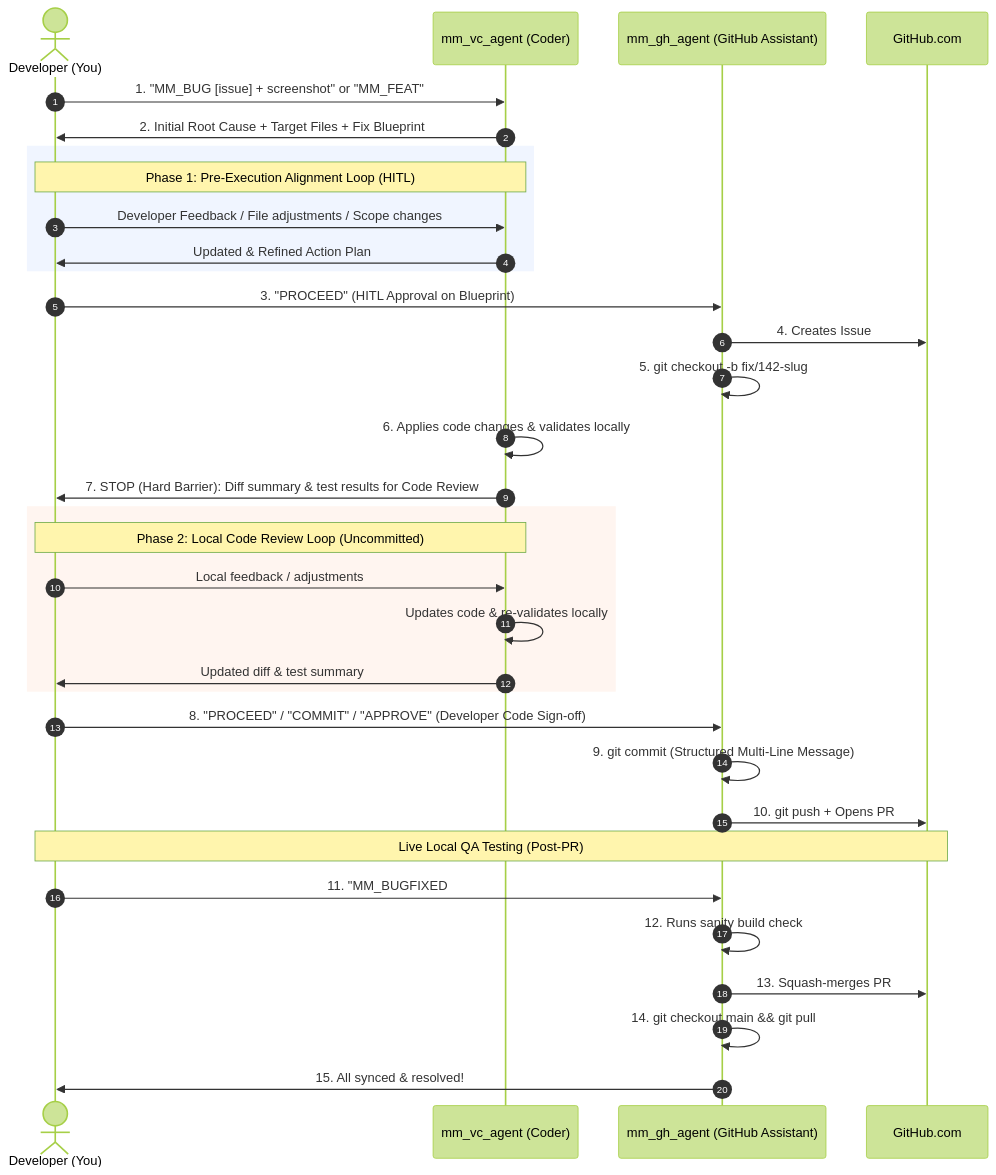
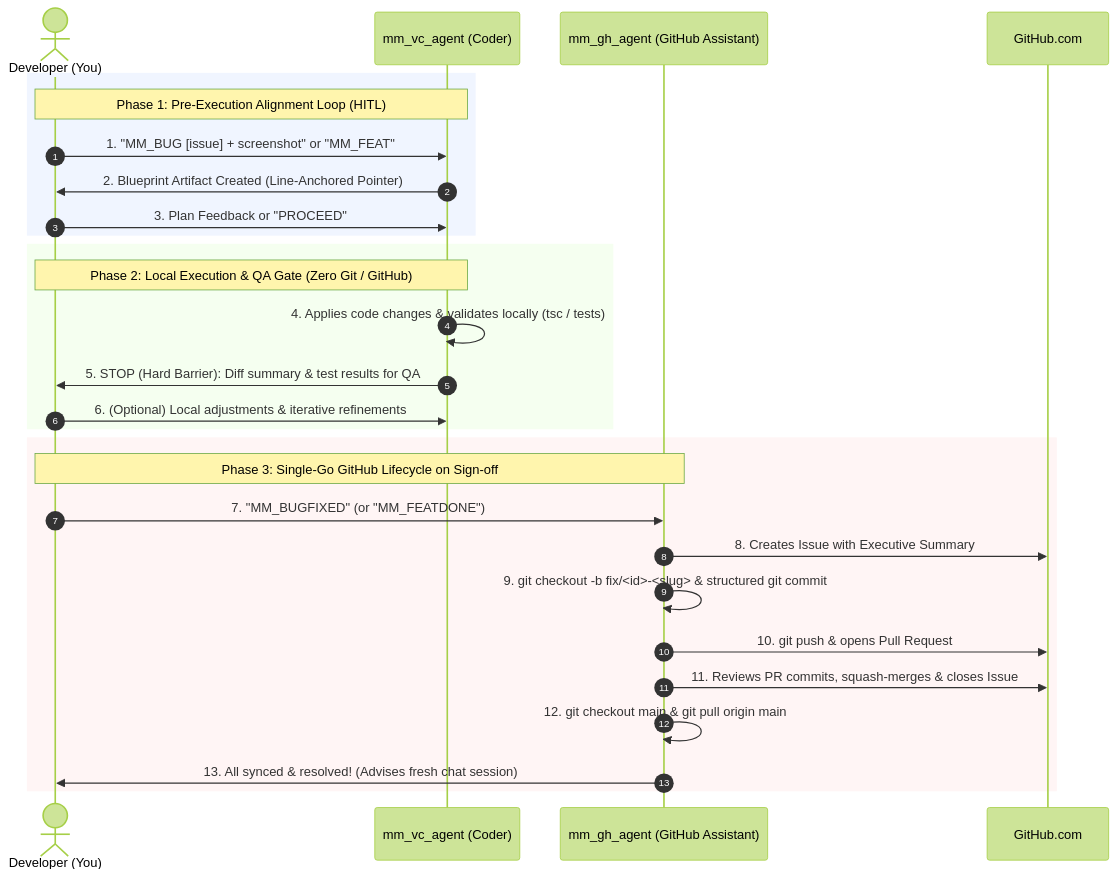
Before and after one commit to mustafamalik/mm_github_assist: the diagram in README.md, drawn with Mermaid (forest theme). The commit also changed other lines of this file and 12 other files, not shown here.

First line of the commit message:
feat(#31): refactor mm_github_agent to single-go phase 3 lifecycle (#32)

````diff
--- a/README.md
+++ b/README.md
@@ -159,40 +159,33 @@
 ```mermaid
 sequenceDiagram
     autonumber
     actor Dev as Developer (You)
     participant VC as mm_vc_agent (Coder)
     participant GH as mm_gh_agent (GitHub Assistant)
     participant Remote as GitHub.com
 
-    Dev->>VC: 1. "MM_BUG [issue] + screenshot" or "MM_FEAT"
-    VC->>Dev: 2. Initial Root Cause + Target Files + Fix Blueprint
-
     rect rgb(240, 245, 255)
         note over Dev,VC: Phase 1: Pre-Execution Alignment Loop (HITL)
-        Dev->>VC: Developer Feedback / File adjustments / Scope changes
-        VC->>Dev: Updated & Refined Action Plan
+        Dev->>VC: 1. "MM_BUG [issue] + screenshot" or "MM_FEAT"
+        VC->>Dev: 2. Blueprint Artifact Created (Line-Anchored Pointer)
+        Dev->>VC: 3. Plan Feedback or "PROCEED"
     end
 
-    Dev->>GH: 3. "PROCEED" (HITL Approval on Blueprint)
-    GH->>Remote: 4. Creates Issue #142 (Embeds Final Aligned Blueprint)
-    GH->>GH: 5. git checkout -b fix/142-slug
-    VC->>VC: 6. Applies code changes & validates locally
-    VC->>Dev: 7. STOP (Hard Barrier): Diff summary & test results for Code Review
-
-    rect rgb(255, 245, 240)
-        note over Dev,VC: Phase 2: Local Code Review Loop (Uncommitted)
-        Dev->>VC: Local feedback / adjustments
-        VC->>VC: Updates code & re-validates locally
-        VC->>Dev: Updated diff & test summary
+    rect rgb(245, 255, 240)
+        note over Dev,VC: Phase 2: Local Execution & QA Gate (Zero Git / GitHub)
+        VC->>VC: 4. Applies code changes & validates locally (tsc / tests)
+        VC->>Dev: 5. STOP (Hard Barrier): Diff summary & test results for QA
+        Dev->>VC: 6. (Optional) Local adjustments & iterative refinements
     end
 
-    Dev->>GH: 8. "PROCEED" / "COMMIT" / "APPROVE" (Developer Code Sign-off)
-    GH->>GH: 9. git commit (Structured Multi-Line Message)
-    GH->>Remote: 10. git push + Opens PR #143 (Closes #142)
-    Note over Dev,Remote: Live Local QA Testing (Post-PR)
-    Dev->>GH: 11. "MM_BUGFIXED #142"
-    GH->>GH: 12. Runs sanity build check
-    GH->>Remote: 13. Squash-merges PR #143 & closes Issue #142
-    GH->>GH: 14. git checkout main && git pull
-    GH->>Dev: 15. All synced & resolved!
+    rect rgb(255, 245, 245)
+        note over Dev,GH: Phase 3: Single-Go GitHub Lifecycle on Sign-off
+        Dev->>GH: 7. "MM_BUGFIXED" (or "MM_FEATDONE")
+        GH->>Remote: 8. Creates Issue with Executive Summary
+        GH->>GH: 9. git checkout -b fix/<id>-<slug> & structured git commit
+        GH->>Remote: 10. git push & opens Pull Request
+        GH->>Remote: 11. Reviews PR commits, squash-merges & closes Issue
+        GH->>GH: 12. git checkout main & git pull origin main
+        GH->>Dev: 13. All synced & resolved! (Advises fresh chat session)
+    end
 ```
````
